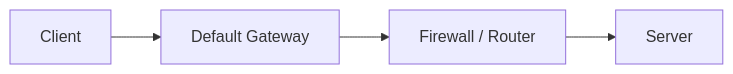
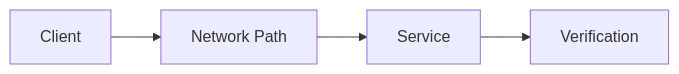
Before and after one commit to NikeMot/NetworkingLabs: the diagram in docs/lab-output-template.md, drawn with Mermaid. The commit also changed other lines of this file, not shown here.

````diff
--- a/docs/lab-output-template.md
+++ b/docs/lab-output-template.md
@@ -176,6 +139,6 @@
 ```mermaid
 flowchart LR
-    A[Client] --> B[Default Gateway]
-    B --> C[Firewall / Router]
-    C --> D[Server]
+    A[Client] --> B[Network Path]
+    B --> C[Service]
+    C --> D[Verification]
 ```
````
